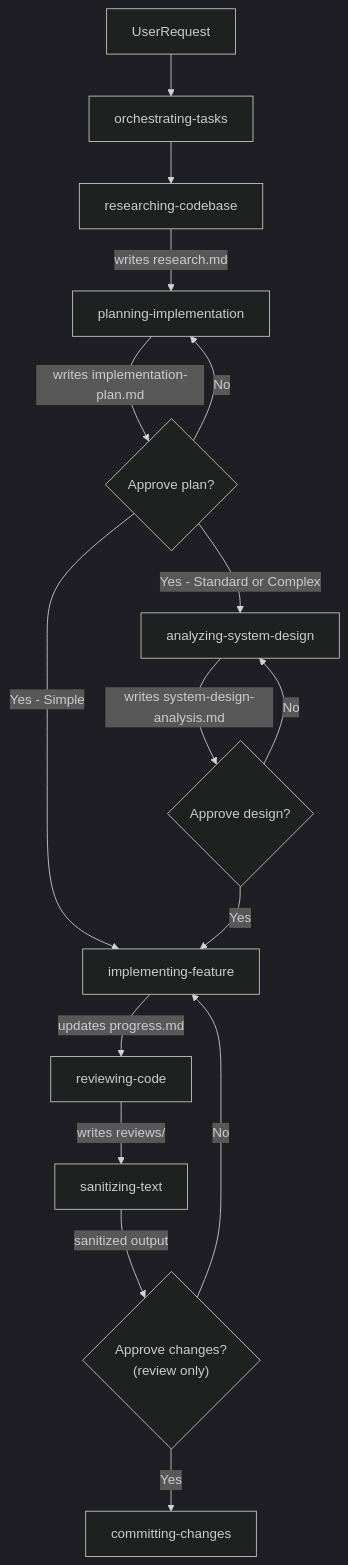
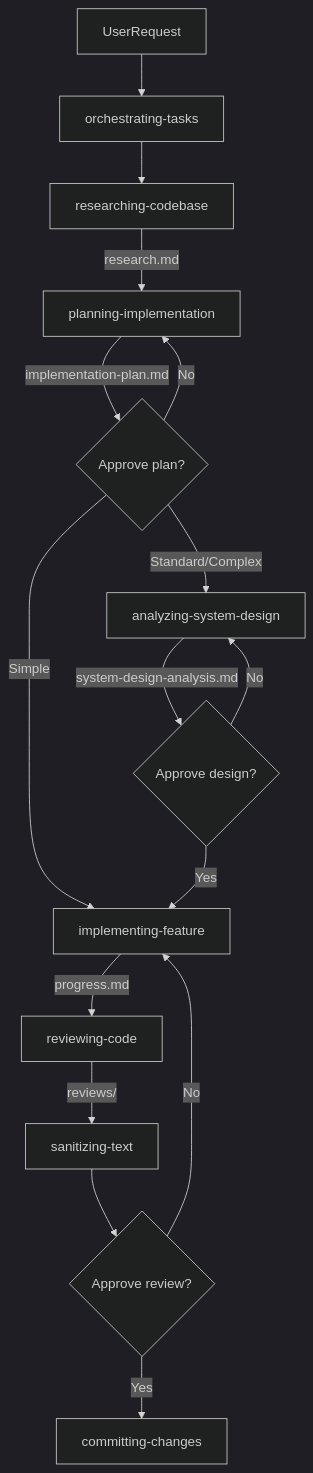
The diagram in .github/skills/orchestrating-tasks/SKILL.md (fascari/cashback-platform), drawn with Mermaid (dark theme) before and after one commit. The commit also changed other lines of this file, not shown here.

Commit message:
Update orchestrating-tasks skill

````diff
--- a/.github/skills/orchestrating-tasks/SKILL.md
+++ b/.github/skills/orchestrating-tasks/SKILL.md
@@ -55,18 +76,18 @@
 ```mermaid
 flowchart TD
-  UserRequest --> OrchestatingTasks["orchestrating-tasks"]
-  OrchestatingTasks --> ResearchingCodebase["researching-codebase"]
-  ResearchingCodebase -->|"writes research.md"| PlanningImpl["planning-implementation"]
-  PlanningImpl -->|"writes implementation-plan.md"| Checkpoint1{"Approve plan?"}
-  Checkpoint1 -->|No| PlanningImpl
-  Checkpoint1 -->|Yes - Standard or Complex| SystemDesign["analyzing-system-design"]
-  Checkpoint1 -->|Yes - Simple| ImplementingFeature["implementing-feature"]
-  SystemDesign -->|"writes system-design-analysis.md"| Checkpoint1b{"Approve design?"}
-  Checkpoint1b -->|No| SystemDesign
-  Checkpoint1b -->|Yes| ImplementingFeature
-  ImplementingFeature -->|"updates progress.md"| ReviewingCode["reviewing-code"]
-  ReviewingCode -->|"writes reviews/"| SanitizingText["sanitizing-text"]
-  SanitizingText -->|"sanitized output"| Checkpoint2{"Approve changes?\n(review only)"}
-  Checkpoint2 -->|Yes| CommittingChanges["committing-changes"]
-  Checkpoint2 -->|No| ImplementingFeature
+  UserRequest --> OT["orchestrating-tasks"]
+  OT --> RC["researching-codebase"]
+  RC -->|"research.md"| PI["planning-implementation"]
+  PI -->|"implementation-plan.md"| C1{"Approve plan?"}
+  C1 -->|No| PI
+  C1 -->|"Standard/Complex"| SD["analyzing-system-design"]
+  C1 -->|Simple| IF["implementing-feature"]
+  SD -->|"system-design-analysis.md"| C1b{"Approve design?"}
+  C1b -->|No| SD
+  C1b -->|Yes| IF
+  IF -->|"progress.md"| RV["reviewing-code"]
+  RV -->|"reviews/"| ST["sanitizing-text"]
+  ST --> C2{"Approve review?"}
+  C2 -->|Yes| CC["committing-changes"]
+  C2 -->|No| IF
 ```
````
